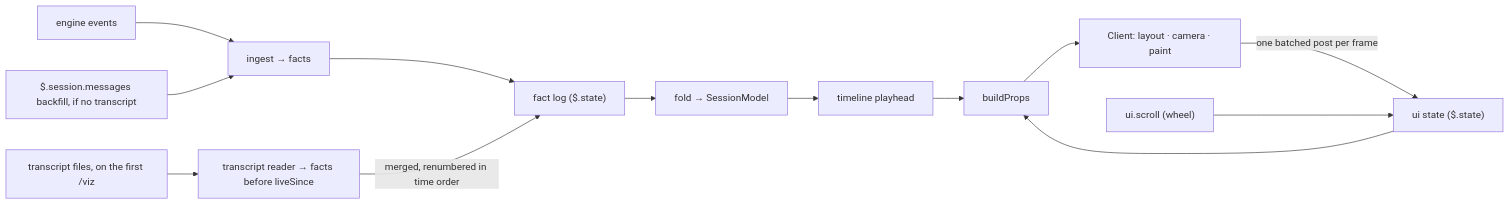
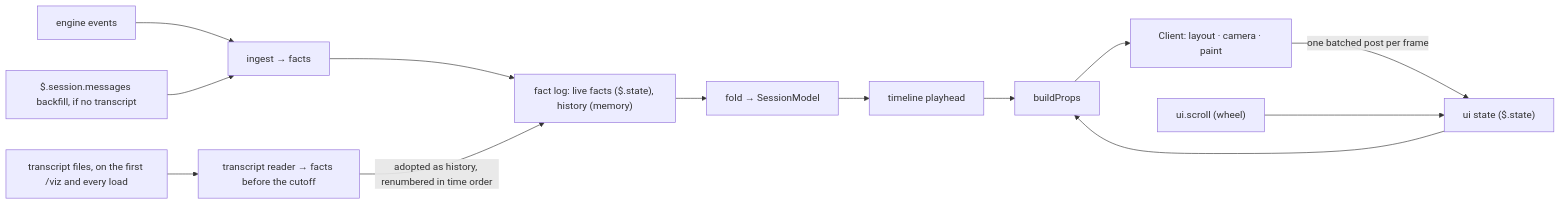
One commit to thphuong/agent-lens changed the diagram in docs/architecture.md. Above: the diagram before and after it, drawn with Mermaid. The commit also changed other lines of this file and 26 other files, not shown here.

First line of the commit message:
feat: import full session history and make the timeline scrubbable

````diff
--- a/docs/architecture.md
+++ b/docs/architecture.md
@@ -68,13 +76,13 @@
 ```mermaid
 flowchart LR
   EV["engine events"] --> IN["ingest → facts"]
-  TR["transcript files, on the first /viz"] --> IMP["transcript reader → facts before liveSince"]
+  TR["transcript files, on the first /viz and every load"] --> IMP["transcript reader → facts before the cutoff"]
   BF["$.session.messages backfill, if no transcript"] --> IN
-  IN --> LOG["fact log ($.state)"]
-  IMP -- "merged, renumbered in time order" --> LOG
+  IN --> LOG["fact log: live facts ($.state), history (memory)"]
+  IMP -- "adopted as history, renumbered in time order" --> LOG
   LOG --> FOLD["fold → SessionModel"] --> TL["timeline playhead"] --> PROPS["buildProps"]
   UI["ui state ($.state)"] --> PROPS
   PROPS --> CL["Client: layout · camera · paint"]
   CL -- "one batched post per frame" --> UI
   WH["ui.scroll (wheel)"] --> UI
 ```
````
